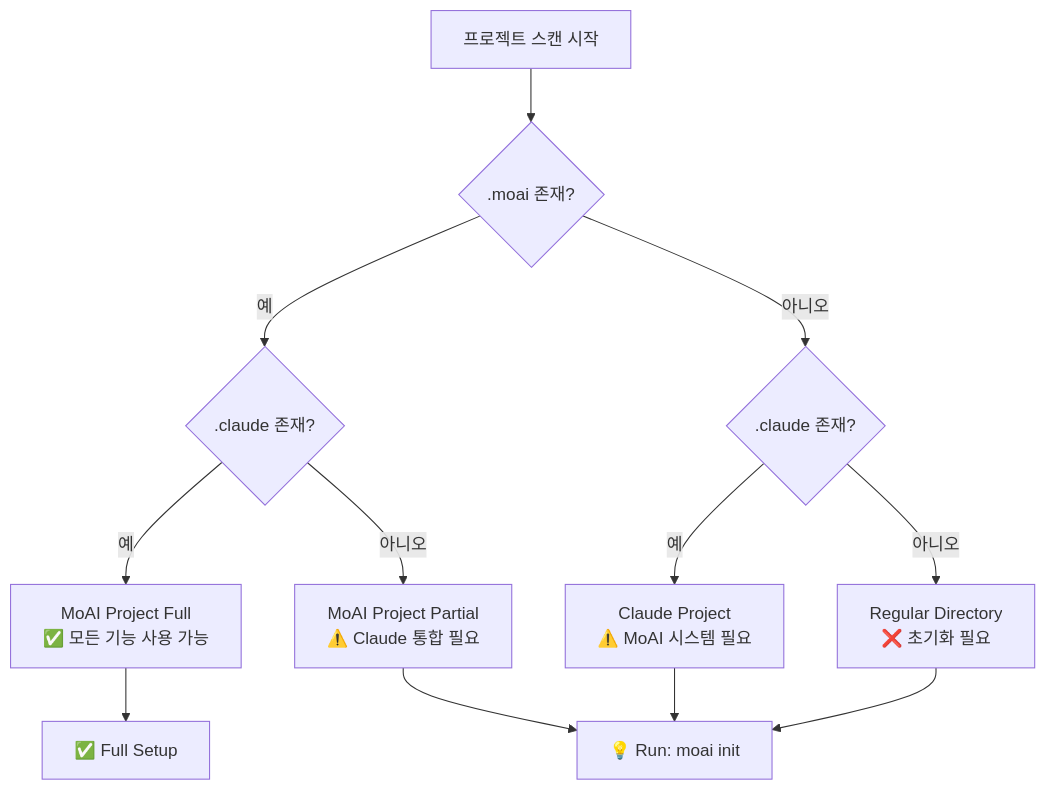
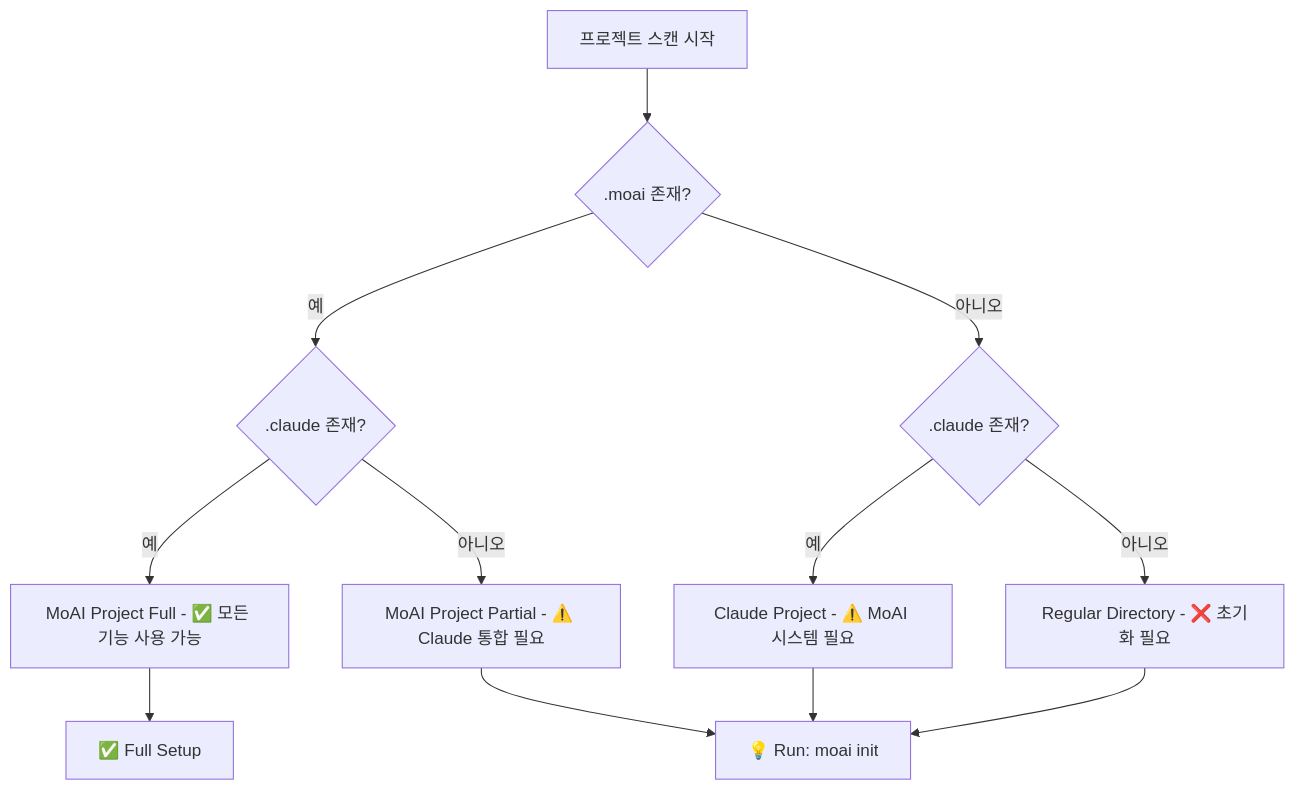
Before and after one commit to modu-ai/moai-adk: the second of 2 diagrams in docs/cli/status.md, drawn with Mermaid. The commit also changed other lines of this file and 447 other files, not shown here.

````diff
--- a/docs/cli/status.md
+++ b/docs/cli/status.md
@@ -53,18 +53,18 @@
 ```mermaid
 graph TD
     A[프로젝트 스캔 시작] --> B{.moai 존재?}
     B -->|예| C{.claude 존재?}
     B -->|아니오| D{.claude 존재?}
 
-    C -->|예| E["MoAI Project Full<br/>✅ 모든 기능 사용 가능"]
-    C -->|아니오| F["MoAI Project Partial<br/>⚠️ Claude 통합 필요"]
+    C -->|예| E["MoAI Project Full - ✅ 모든 기능 사용 가능"]
+    C -->|아니오| F["MoAI Project Partial - ⚠️ Claude 통합 필요"]
 
-    D -->|예| G["Claude Project<br/>⚠️ MoAI 시스템 필요"]
-    D -->|아니오| H["Regular Directory<br/>❌ 초기화 필요"]
+    D -->|예| G["Claude Project - ⚠️ MoAI 시스템 필요"]
+    D -->|아니오| H["Regular Directory - ❌ 초기화 필요"]
 
     E --> I["✅ Full Setup"]
     F --> J["💡 Run: moai init"]
     G --> J
     H --> J
 
 ```
````
